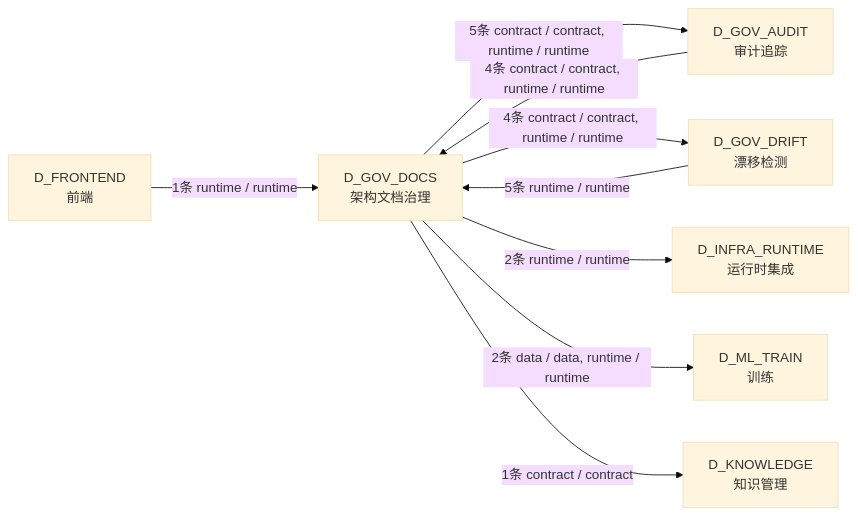
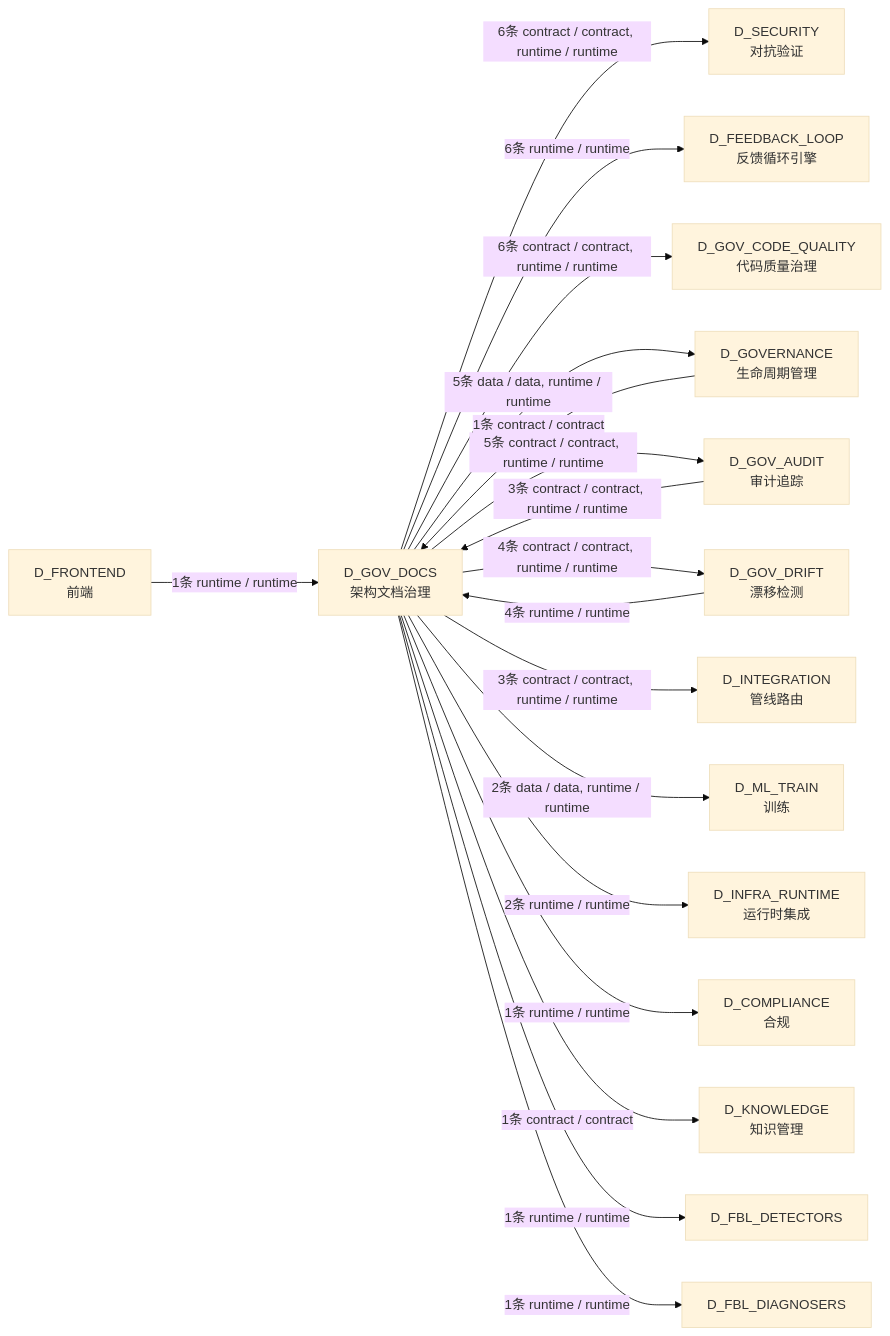
One commit to xuanFelixVan/ZephyrAlpha changed the third of 3 diagrams in docs/02_enterprise_architecture/02_domain_architecture_docs/40_d_gov_docs.md. Above: the diagram before and after it, drawn with Mermaid (base theme). The commit also changed other lines of this file and 98 other files, not shown here.

````diff
--- a/docs/02_enterprise_architecture/02_domain_architecture_docs/40_d_gov_docs.md
+++ b/docs/02_enterprise_architecture/02_domain_architecture_docs/40_d_gov_docs.md
@@ -355,18 +385,35 @@
 ```mermaid
 graph LR
     D_GOV_DOCS["D_GOV_DOCS<br/>架构文档治理"]
+    D_SECURITY["D_SECURITY<br/>对抗验证"]
+    D_FEEDBACK_LOOP["D_FEEDBACK_LOOP<br/>反馈循环引擎"]
+    D_GOV_CODE_QUALITY["D_GOV_CODE_QUALITY<br/>代码质量治理"]
+    D_GOVERNANCE["D_GOVERNANCE<br/>生命周期管理"]
     D_GOV_AUDIT["D_GOV_AUDIT<br/>审计追踪"]
     D_GOV_DRIFT["D_GOV_DRIFT<br/>漂移检测"]
+    D_INTEGRATION["D_INTEGRATION<br/>管线路由"]
+    D_ML_TRAIN["D_ML_TRAIN<br/>训练"]
     D_INFRA_RUNTIME["D_INFRA_RUNTIME<br/>运行时集成"]
-    D_ML_TRAIN["D_ML_TRAIN<br/>训练"]
+    D_COMPLIANCE["D_COMPLIANCE<br/>合规"]
     D_KNOWLEDGE["D_KNOWLEDGE<br/>知识管理"]
+    D_FBL_DETECTORS["D_FBL_DETECTORS"]
+    D_FBL_DIAGNOSERS["D_FBL_DIAGNOSERS"]
     D_FRONTEND["D_FRONTEND<br/>前端"]
+    D_GOV_DOCS -->|6条 contract / contract, runtime / runtime| D_SECURITY
+    D_GOV_DOCS -->|6条 runtime / runtime| D_FEEDBACK_LOOP
+    D_GOV_DOCS -->|6条 contract / contract, runtime / runtime| D_GOV_CODE_QUALITY
+    D_GOV_DOCS -->|5条 data / data, runtime / runtime| D_GOVERNANCE
     D_GOV_DOCS -->|5条 contract / contract, runtime / runtime| D_GOV_AUDIT
     D_GOV_DOCS -->|4条 contract / contract, runtime / runtime| D_GOV_DRIFT
+    D_GOV_DOCS -->|3条 contract / contract, runtime / runtime| D_INTEGRATION
+    D_GOV_DOCS -->|2条 data / data, runtime / runtime| D_ML_TRAIN
     D_GOV_DOCS -->|2条 runtime / runtime| D_INFRA_RUNTIME
-    D_GOV_DOCS -->|2条 data / data, runtime / runtime| D_ML_TRAIN
+    D_GOV_DOCS -->|1条 runtime / runtime| D_COMPLIANCE
     D_GOV_DOCS -->|1条 contract / contract| D_KNOWLEDGE
-    D_GOV_DRIFT -->|5条 runtime / runtime| D_GOV_DOCS
-    D_GOV_AUDIT -->|4条 contract / contract, runtime / runtime| D_GOV_DOCS
+    D_GOV_DOCS -->|1条 runtime / runtime| D_FBL_DETECTORS
+    D_GOV_DOCS -->|1条 runtime / runtime| D_FBL_DIAGNOSERS
+    D_GOV_DRIFT -->|4条 runtime / runtime| D_GOV_DOCS
+    D_GOV_AUDIT -->|3条 contract / contract, runtime / runtime| D_GOV_DOCS
     D_FRONTEND -->|1条 runtime / runtime| D_GOV_DOCS
+    D_GOVERNANCE -->|1条 contract / contract| D_GOV_DOCS
 ```
````
